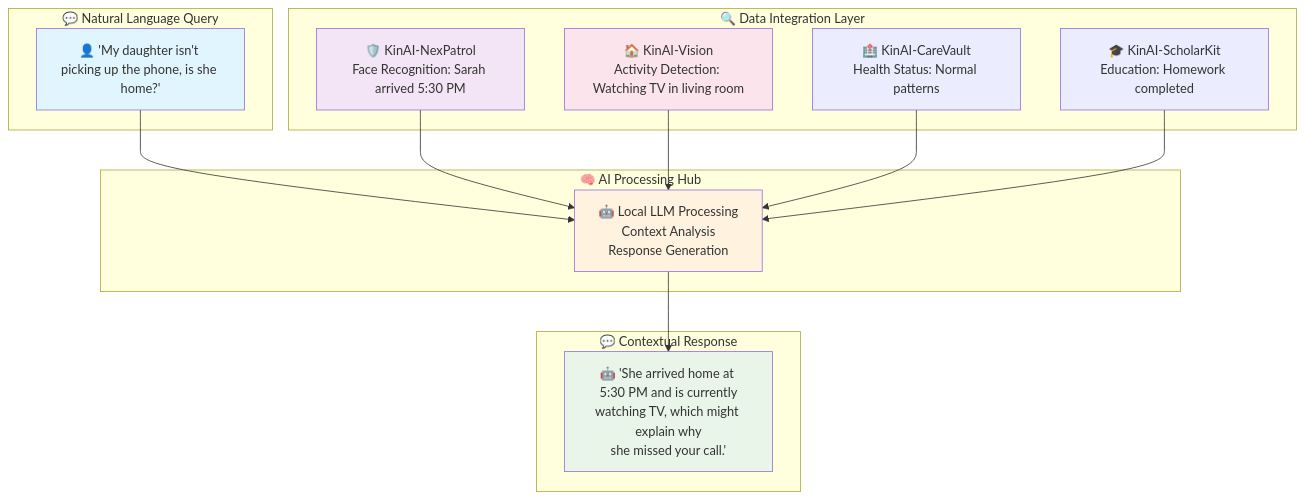
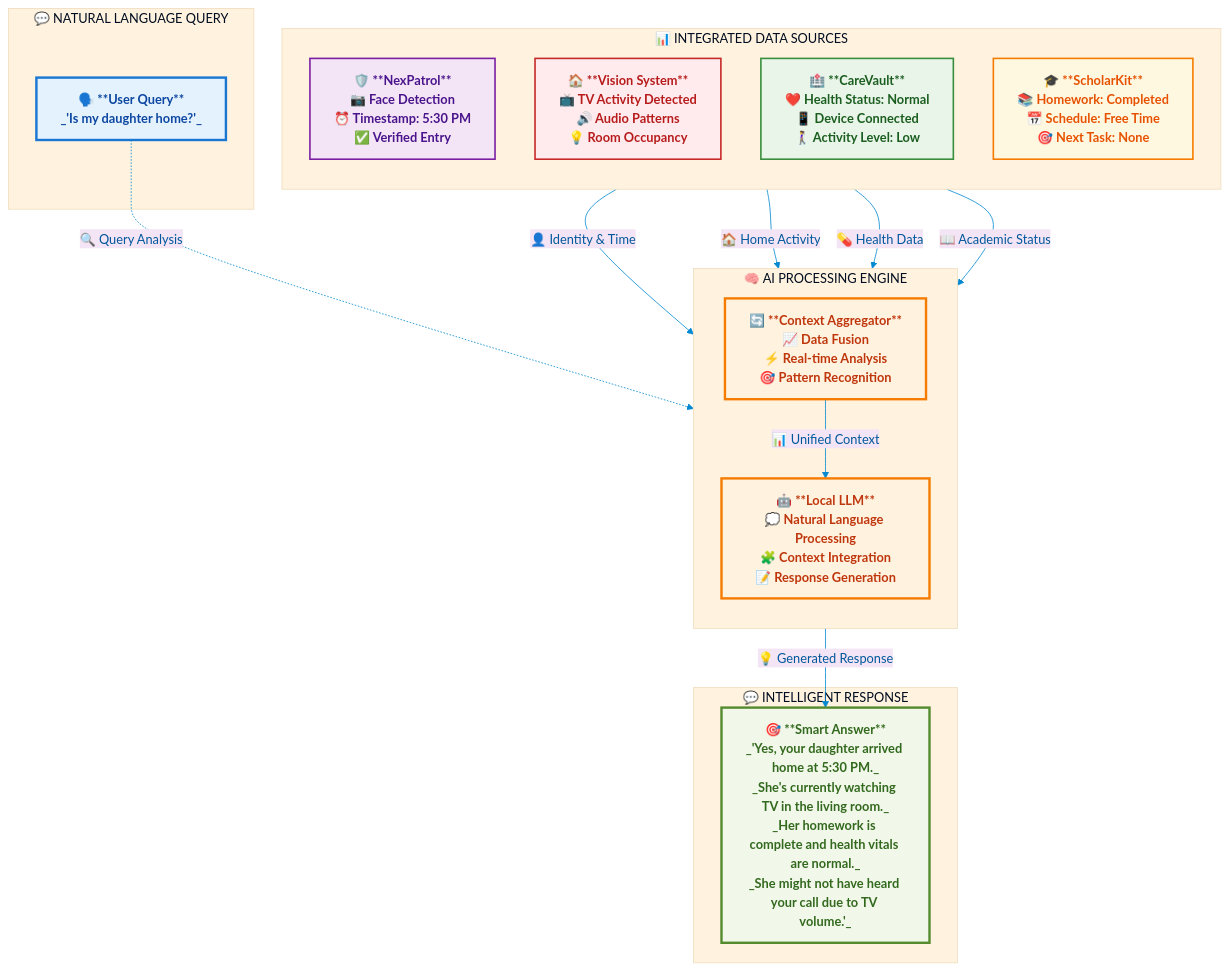
The second of 7 diagrams in README.md (Logulokesh/KinAI-Ecosystem), drawn with Mermaid before and after one commit. The commit also changed other lines of this file, not shown here.

````diff
--- a/README.md
+++ b/README.md
@@ -156,34 +156,72 @@
 ```mermaid
-graph TB
-    subgraph "💬 Natural Language Query"
-        QUERY[👤 'My daughter isn't picking up the phone, is she home?']
+%%{init: {
+  'theme': 'base',
+  'themeVariables': {
+    'primaryColor': '#e1f5fe',
+    'primaryTextColor': '#01579b',
+    'primaryBorderColor': '#0277bd',
+    'lineColor': '#0288d1',
+    'secondaryColor': '#f3e5f5',
+    'tertiaryColor': '#fff3e0',
+    'background': '#ffffff',
+    'mainBkg': '#ffffff',
+    'secondBkg': '#f8f9fa'
+  }
+}}%%
+
+flowchart TB
+    %% Input Query
+    subgraph INPUT [" 💬 NATURAL LANGUAGE QUERY "]
+        QUERY["🗣️ **User Query**<br/>_'Is my daughter home?'_"]
     end
     
-    subgraph "🔍 Data Integration Layer"
-        NEXPATROL[🛡️ KinAI-NexPatrol<br/>Face Recognition: Sarah arrived 5:30 PM]
-        VISION[🏠 KinAI-Vision<br/>Activity Detection: Watching TV in living room]
-        CAREVAULT[🏥 KinAI-CareVault<br/>Health Status: Normal patterns]
-        SCHOLARKIT[🎓 KinAI-ScholarKit<br/>Education: Homework completed]
+    %% Data Sources
+    subgraph SOURCES [" 📊 INTEGRATED DATA SOURCES "]
+        direction TB
+        NEXPATROL["🛡️ **NexPatrol**<br/>📷 Face Detection<br/>⏰ Timestamp: 5:30 PM<br/>✅ Verified Entry"]
+        VISION["🏠 **Vision System**<br/>📺 TV Activity Detected<br/>🔊 Audio Patterns<br/>💡 Room Occupancy"]
+        CAREVAULT["🏥 **CareVault**<br/>❤️ Health Status: Normal<br/>📱 Device Connected<br/>🚶‍♀️ Activity Level: Low"]
+        SCHOLARKIT["🎓 **ScholarKit**<br/>📚 Homework: Completed<br/>📅 Schedule: Free Time<br/>🎯 Next Task: None"]
     end
     
-    subgraph "🧠 AI Processing Hub"
-        LLM[🤖 Local LLM Processing<br/>Context Analysis<br/>Response Generation]
+    %% AI Processing
+    subgraph PROCESSING [" 🧠 AI PROCESSING ENGINE "]
+        direction TB
+        CONTEXT["🔄 **Context Aggregator**<br/>📈 Data Fusion<br/>⚡ Real-time Analysis<br/>🎯 Pattern Recognition"]
+        LLM["🤖 **Local LLM**<br/>💭 Natural Language Processing<br/>🧩 Context Integration<br/>📝 Response Generation"]
     end
     
-    subgraph "💬 Contextual Response"
-        RESPONSE[🤖 'She arrived home at 5:30 PM and is currently<br/>watching TV, which might explain why<br/>she missed your call.']
+    %% Output Response  
+    subgraph OUTPUT [" 💬 INTELLIGENT RESPONSE "]
+        RESPONSE["🎯 **Smart Answer**<br/>_'Yes, your daughter arrived home at 5:30 PM._<br/>_She's currently watching TV in the living room._<br/>_Her homework is complete and health vitals are normal._<br/>_She might not have heard your call due to TV volume.'_"]
     end
     
-    QUERY --> LLM
-    NEXPATROL --> LLM
-    VISION --> LLM
-    CAREVAULT --> LLM
-    SCHOLARKIT --> LLM
-    LLM --> RESPONSE
+    %% Connections with enhanced styling
+    QUERY -.->|"🔍 Query Analysis"| CONTEXT
     
-    style QUERY fill:#e1f5fe
-    style LLM fill:#fff3e0
-    style RESPONSE fill:#e8f5e8
-    style NEXPATROL fill:#f3e5f5
-    style VISION fill:#fce4ec
+    NEXPATROL -->|"👤 Identity & Time"| CONTEXT
+    VISION -->|"🏠 Home Activity"| CONTEXT  
+    CAREVAULT -->|"💊 Health Data"| CONTEXT
+    SCHOLARKIT -->|"📖 Academic Status"| CONTEXT
+    
+    CONTEXT -->|"📊 Unified Context"| LLM
+    LLM -->|"💡 Generated Response"| RESPONSE
+    
+    %% Enhanced styling with modern colors
+    classDef queryStyle fill:#e3f2fd,stroke:#1976d2,stroke-width:3px,color:#0d47a1,font-weight:bold
+    classDef sourceStyle fill:#f3e5f5,stroke:#7b1fa2,stroke-width:2px,color:#4a148c,font-weight:bold
+    classDef visionStyle fill:#ffebee,stroke:#c62828,stroke-width:2px,color:#b71c1c,font-weight:bold
+    classDef healthStyle fill:#e8f5e8,stroke:#388e3c,stroke-width:2px,color:#1b5e20,font-weight:bold
+    classDef scholarStyle fill:#fff8e1,stroke:#f57c00,stroke-width:2px,color:#e65100,font-weight:bold
+    classDef processStyle fill:#fff3e0,stroke:#f57c00,stroke-width:3px,color:#bf360c,font-weight:bold
+    classDef responseStyle fill:#f1f8e9,stroke:#558b2f,stroke-width:3px,color:#33691e,font-weight:bold
+    classDef subgraphStyle fill:#fafafa,stroke:#424242,stroke-width:2px
+    
+    class QUERY queryStyle
+    class NEXPATROL sourceStyle
+    class VISION visionStyle
+    class CAREVAULT healthStyle
+    class SCHOLARKIT scholarStyle
+    class CONTEXT,LLM processStyle
+    class RESPONSE responseStyle
 ```
````
